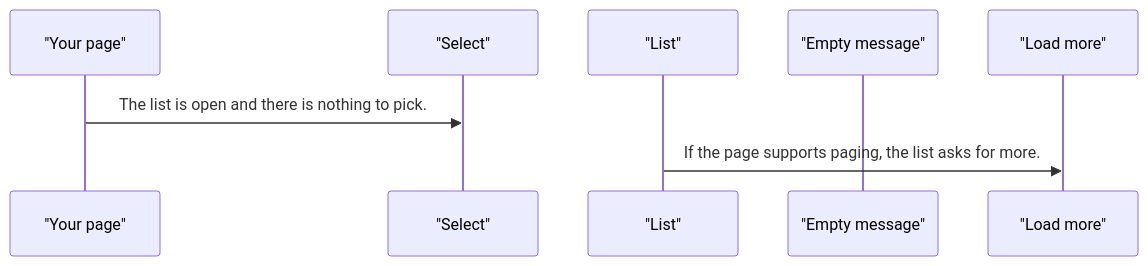
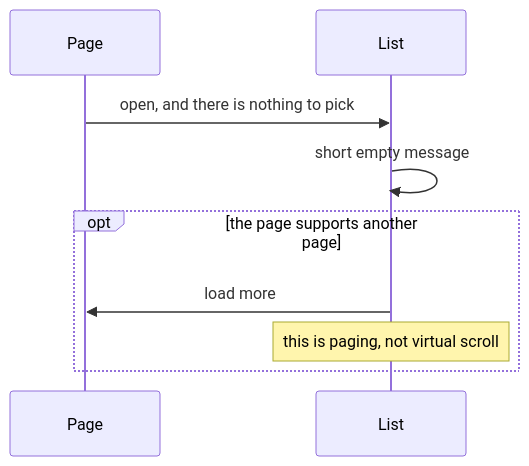
One commit to RajshekharBorate/pixel-ui changed the fourth of 5 diagrams in projects/pixel-ui/src/lib/pixel-select/DESIGN.md. Above: the diagram before and after it, drawn with Mermaid. The commit also changed other lines of this file and 73 other files, not shown here.

Commit message:
Explain who owns each value and what each flow does in every component and service design.

````diff
--- a/projects/pixel-ui/src/lib/pixel-select/DESIGN.md
+++ b/projects/pixel-ui/src/lib/pixel-select/DESIGN.md
@@ -89,10 +110,11 @@
 ```mermaid
 sequenceDiagram
-  participant page as "Your page"
-  participant select as "Select"
-  participant list as "List"
-  participant empty as "Empty message"
-  participant more as "Load more"
-  page->>select: The list is open and there is nothing to pick.
-  list->>more: If the page supports paging, the list asks for more.
+  participant Page
+  participant List as List
+  Page->>List: open, and there is nothing to pick
+  List->>List: short empty message
+  opt the page supports another page
+    List->>Page: load more
+    Note over List: this is paging, not virtual scroll
+  end
 ```
````
